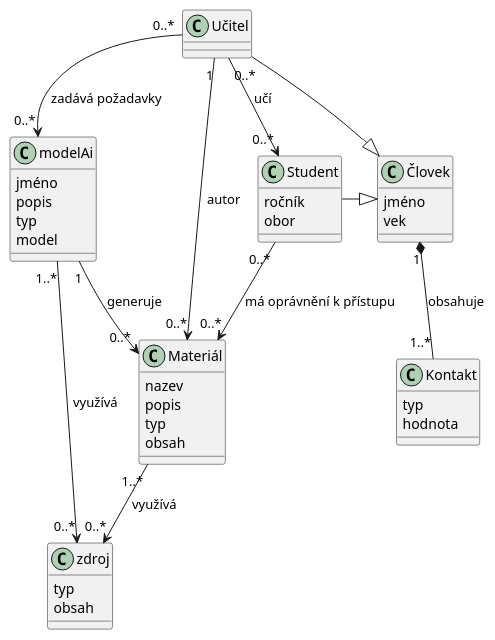
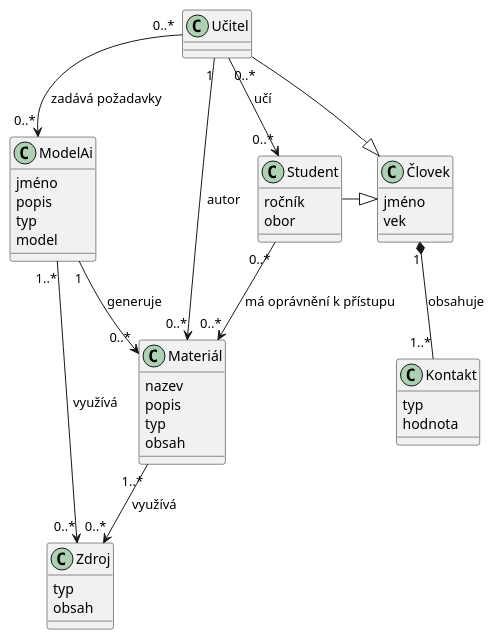
The diagram in uml-class-diagram.plantuml (SmartGourd/NSWI041), drawn with PlantUML before and after one commit.

```diff
--- a/uml-class-diagram.plantuml
+++ b/uml-class-diagram.plantuml
@@ -1,52 +1,52 @@
 @startuml
 
 class Človek {
   jméno
   vek
 }
 
 class Kontakt {
   typ
   hodnota
 }
 
 class Učitel {
 }
 
 class Student {
     ročník
     obor
 }
-class modelAi {
+class ModelAi {
   jméno
   popis
   typ
   model
 }
 
 class Materiál {
   nazev
   popis
   typ
   obsah
 }
 
-class zdroj {
+class Zdroj {
   typ
   obsah
 }
 
 Učitel -r-|> Človek
 Student -r-|> Človek
 Človek "1" *-- "1..*" Kontakt: obsahuje
 
 
 Učitel "1" --> "0..*" Materiál : autor
 Učitel "0..*" --> "0..*" Student : učí
 Student "0..*" --> "0..*" Materiál: má oprávnění k přístupu
-Učitel "0..*" --> "0..*" modelAi : zadává požadavky
+Učitel "0..*" --> "0..*" ModelAi : zadává požadavky
 
-modelAi "1"  --> "0..*" Materiál : generuje
-Materiál "1..*" --> "0..*" zdroj : využívá
-modelAi "1..*" --> "0..*" zdroj : využívá
+ModelAi "1"  --> "0..*" Materiál : generuje
+Materiál "1..*" --> "0..*" Zdroj : využívá
+ModelAi "1..*" --> "0..*" Zdroj : využívá
 @enduml
```
